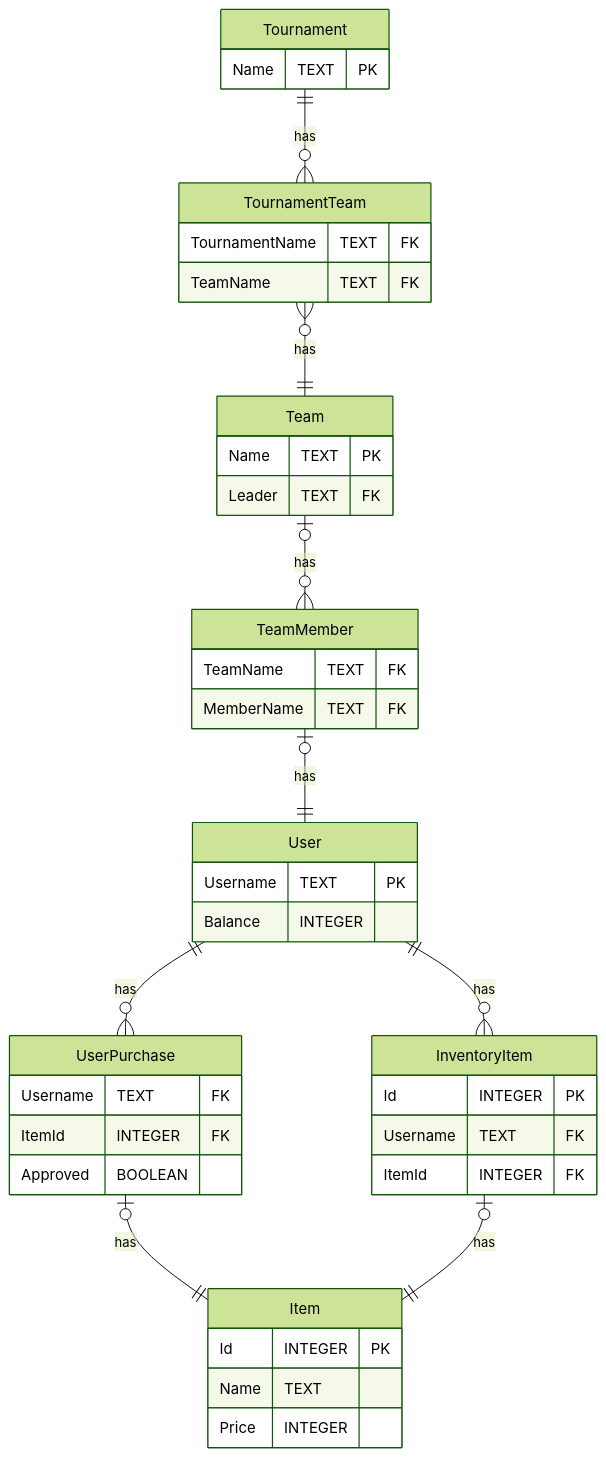
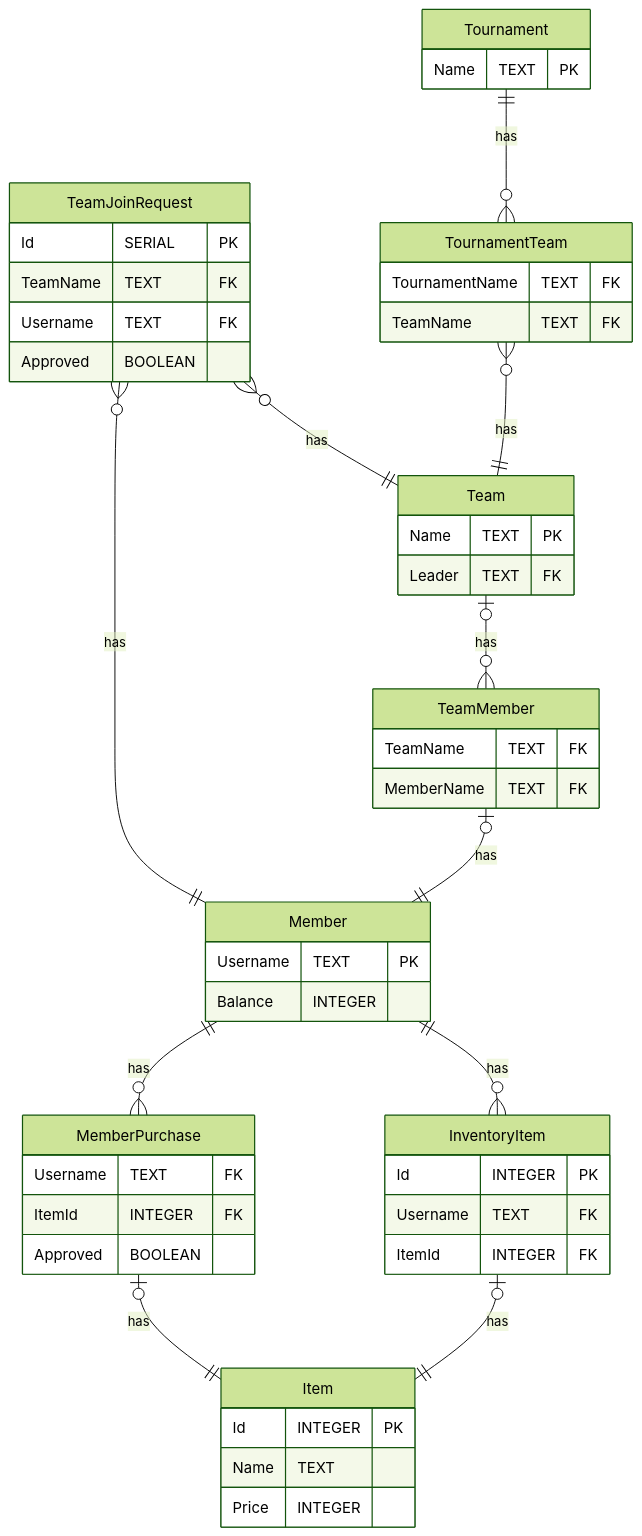
Before and after one commit to radams15/GamingPlatform: the diagram in erd.md, drawn with Mermaid (forest theme). The commit also changed 13 other files, not shown here.

````diff
--- a/erd.md
+++ b/erd.md
@@ -1,59 +1,69 @@
 ```mermaid
 erDiagram
-    user[User] {
+    user[Member] {
         Username TEXT PK
         Balance INTEGER
     }
-    
-    userpurchase[UserPurchase] {
+
+    userpurchase[MemberPurchase] {
         Username TEXT FK
         ItemId INTEGER FK
         Approved BOOLEAN
     }
 
     item[Item] {
         Id INTEGER PK
         Name TEXT
         Price INTEGER
     }
 
     inventoryitem[InventoryItem] {
         Id INTEGER PK
         Username TEXT FK
         ItemId INTEGER FK
     }
 
 
 
 
     team[Team] {
         Name TEXT PK
         Leader TEXT FK
     }
 
     teammember[TeamMember] {
         TeamName TEXT FK
         MemberName TEXT FK
     }
 
     tournament[Tournament] {
         Name TEXT PK
     }
 
     tournamentteam[TournamentTeam] {
         TournamentName TEXT FK
         TeamName TEXT FK
     }
 
-    
+    teamjoinrequest[TeamJoinRequest] {
+        Id SERIAL PK
+        TeamName TEXT FK
+        Username TEXT FK
+        Approved BOOLEAN
+    }
+
+    teamjoinrequest }o--|| user: has
+    teamjoinrequest }o--|| team: has
+
+
     user ||--o{ userpurchase: has
     user ||--o{ inventoryitem: has
     userpurchase |o--|| item: has
     inventoryitem |o--|| item: has
 
     team |o--o{ teammember: has
     teammember |o--|| user: has
 
     tournament ||--o{ tournamentteam: has
     tournamentteam }o--|| team: has
 ```
````
